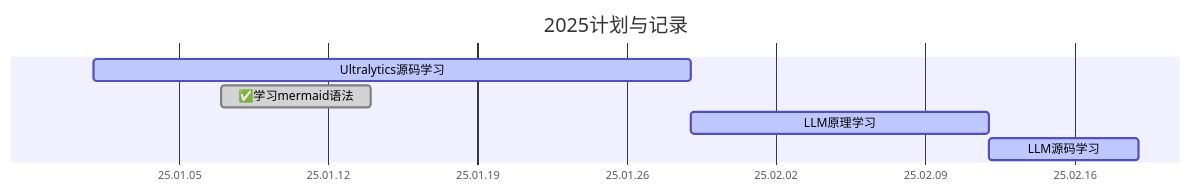
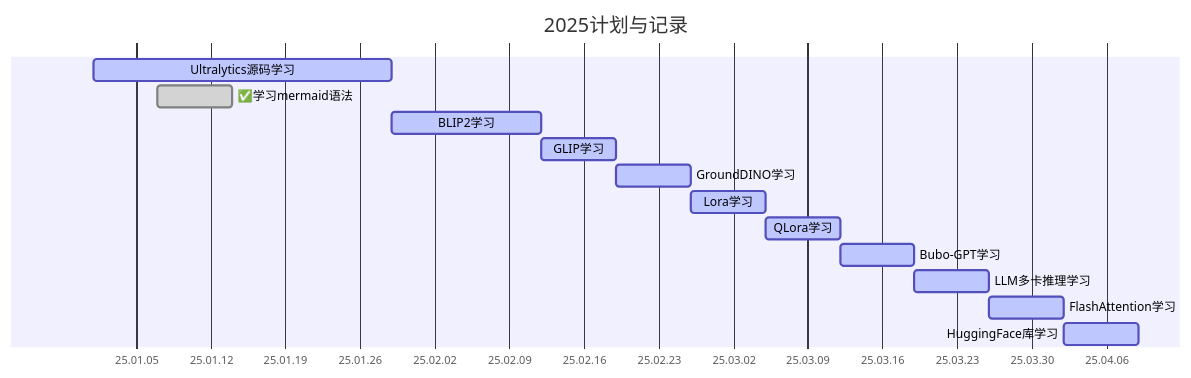
Before and after one commit to Le0v1n/Learning-Notebook-Codes: the first of 2 diagrams in README.md, drawn with Mermaid. The commit also changed other lines of this file, not shown here.

Commit message:
添加2025年计划

````diff
--- a/README.md
+++ b/README.md
@@ -3,13 +5,19 @@
 ```mermaid
 gantt
 	dateFormat YY-MM-DD
 	axisFormat %y.%m.%d
 	% excludes weekends  # 不排除周末
 	title 2025计划与记录
 
 	Ultralytics源码学习: active, a1, 25-01-01, 4w
 	✅学习mermaid语法: done, 2025-01-07, 1w
-	LLM原理学习: active, a2, after a1, 2w
-	LLM源码学习: active, a3, after a2, 1w
-	
+	BLIP2学习: active, a2, after a1, 2w
+	GLIP学习: active, a3, after a2, 1w
+	GroundDINO学习: active, a4, after a3, 1w
+	Lora学习: active, a5, after a4, 1w
+	QLora学习: active, a6, after a5, 1w
+	Bubo-GPT学习: active, a7, after a6, 1w
+	LLM多卡推理学习: active, a8, after a7, 1w
+	FlashAttention学习: active, a9, after a8, 1w
+	HuggingFace库学习: active, a10, after a9, 1w
 ```
````
